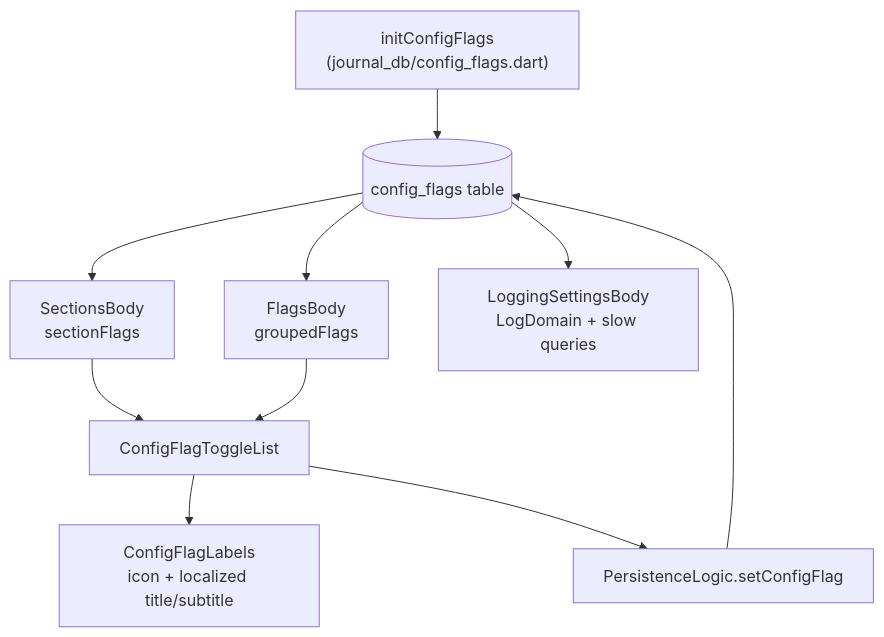
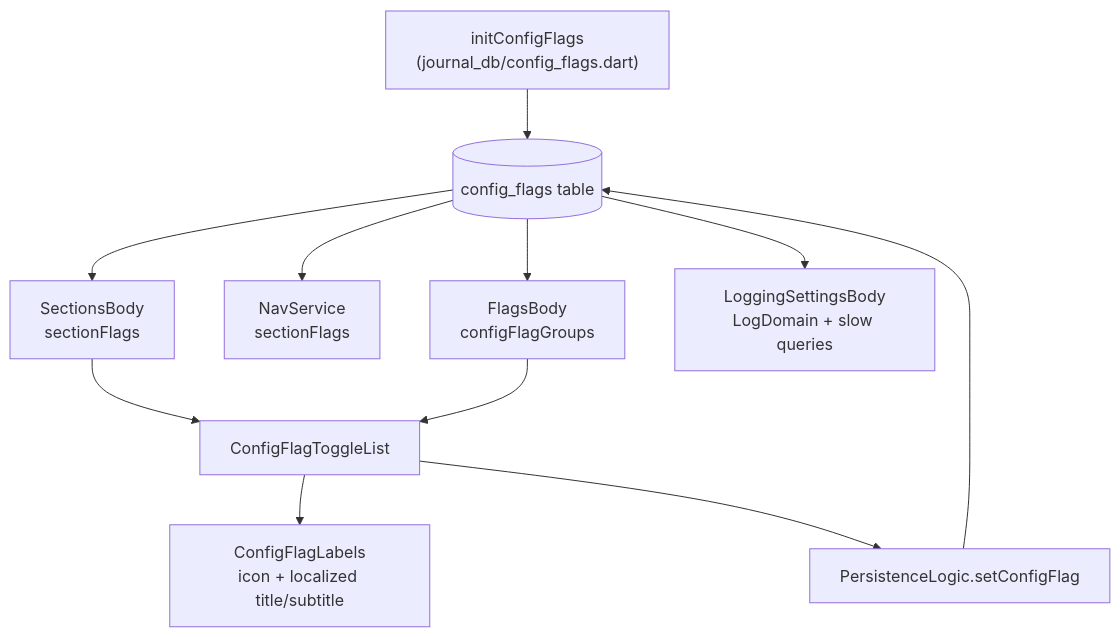
One commit to matthiasn/lotti changed the third of 3 diagrams in knowledge/features/settings.md. Above: the diagram before and after it, drawn with Mermaid. The commit also changed other lines of this file and 15 other files, not shown here.

````diff
--- a/knowledge/features/settings.md
+++ b/knowledge/features/settings.md
@@ -183,12 +195,13 @@
 ```mermaid
 flowchart TD
   Init["initConfigFlags<br/>(journal_db/config_flags.dart)"] --> Store[("config_flags table")]
   Store --> Sections["SectionsBody<br/>sectionFlags"]
-  Store --> Flags["FlagsBody<br/>groupedFlags"]
+  Store --> Nav["NavService<br/>sectionFlags"]
+  Store --> Flags["FlagsBody<br/>configFlagGroups"]
   Store --> Logging["LoggingSettingsBody<br/>LogDomain + slow queries"]
   Sections --> List["ConfigFlagToggleList"]
   Flags --> List
   List --> Labels["ConfigFlagLabels<br/>icon + localized title/subtitle"]
   List --> Persist["PersistenceLogic.setConfigFlag"]
   Persist --> Store
 ```
````
